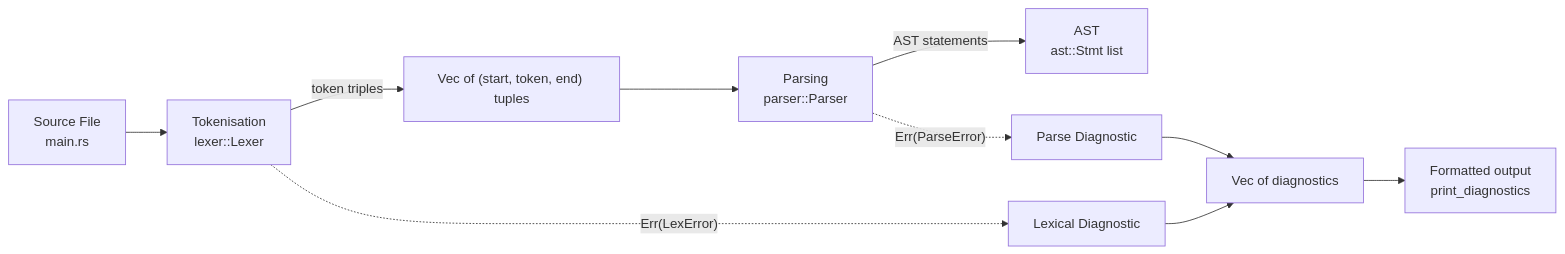
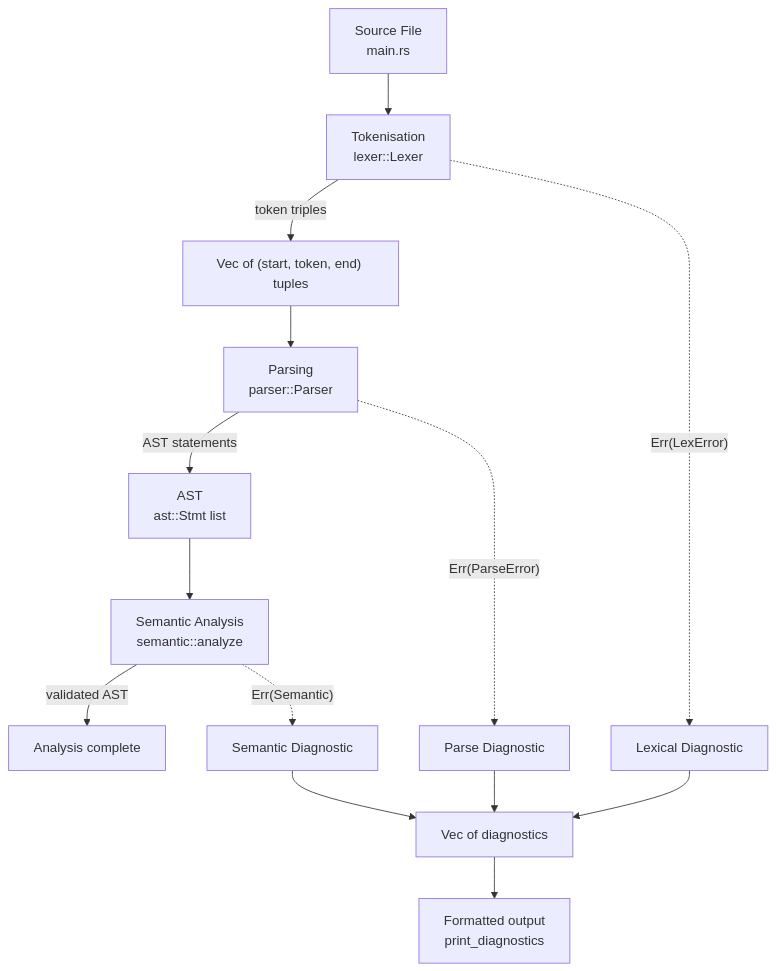
One commit to RuztyCrabs/Blazelint changed the first of 5 diagrams in docs/pipeline_overview.md. Above: the diagram before and after it, drawn with Mermaid. The commit also changed other lines of this file and 4 other files, not shown here.

````diff
--- a/docs/pipeline_overview.md
+++ b/docs/pipeline_overview.md
@@ -7,13 +5,18 @@
 ```mermaid
-flowchart LR
+flowchart TD
     Source["Source File\nmain.rs"] --> Lex["Tokenisation\nlexer::Lexer"]
     Lex -->|token triples| TokenStream["Vec of (start, token, end) tuples"]
     TokenStream --> Parse["Parsing\nparser::Parser"]
     Parse -->|AST statements| Ast["AST\nast::Stmt list"]
+    Ast --> Sem["Semantic Analysis\nsemantic::analyze"]
+    Sem -->|validated AST| Ready["Analysis complete"]
 
     Lex -. Err(LexError) .-> LexDiag[Lexical Diagnostic]
     Parse -. Err(ParseError) .-> ParseDiag[Parse Diagnostic]
+    Sem -. Err(Semantic) .-> SemDiag[Semantic Diagnostic]
 
-    LexDiag & ParseDiag --> Collect["Vec of diagnostics"]
+    LexDiag --> Collect["Vec of diagnostics"]
+    ParseDiag --> Collect
+    SemDiag --> Collect
     Collect --> Render["Formatted output\nprint_diagnostics"]
 ```
````
